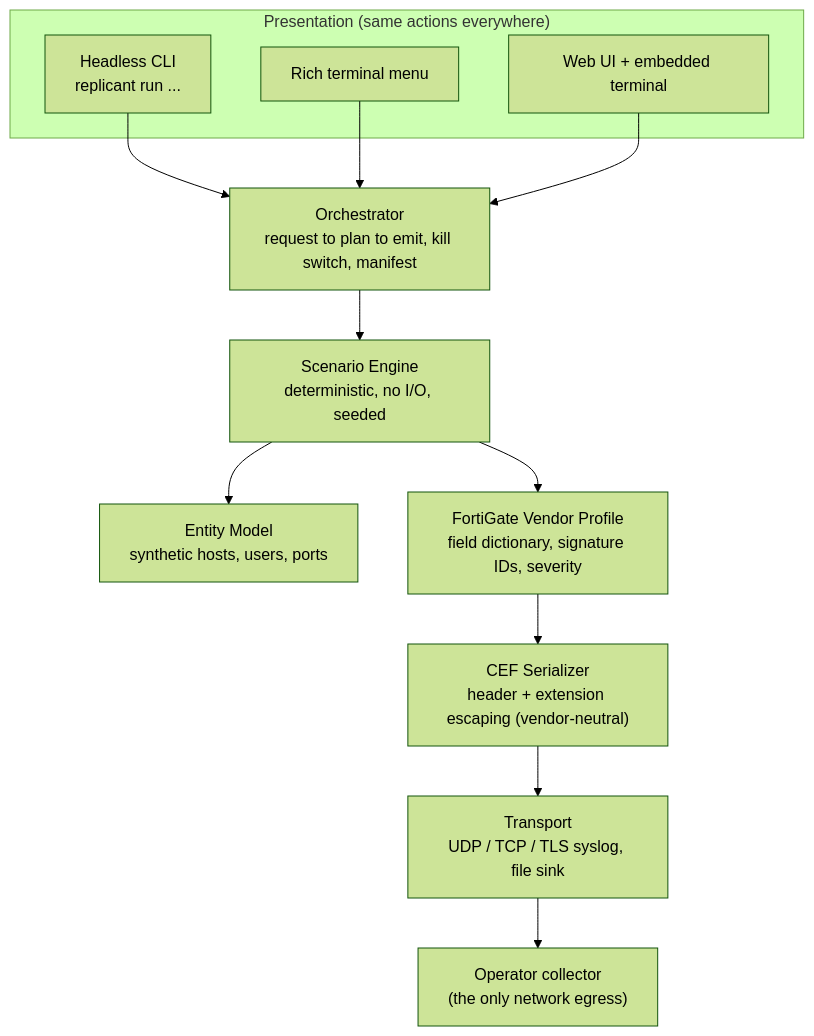
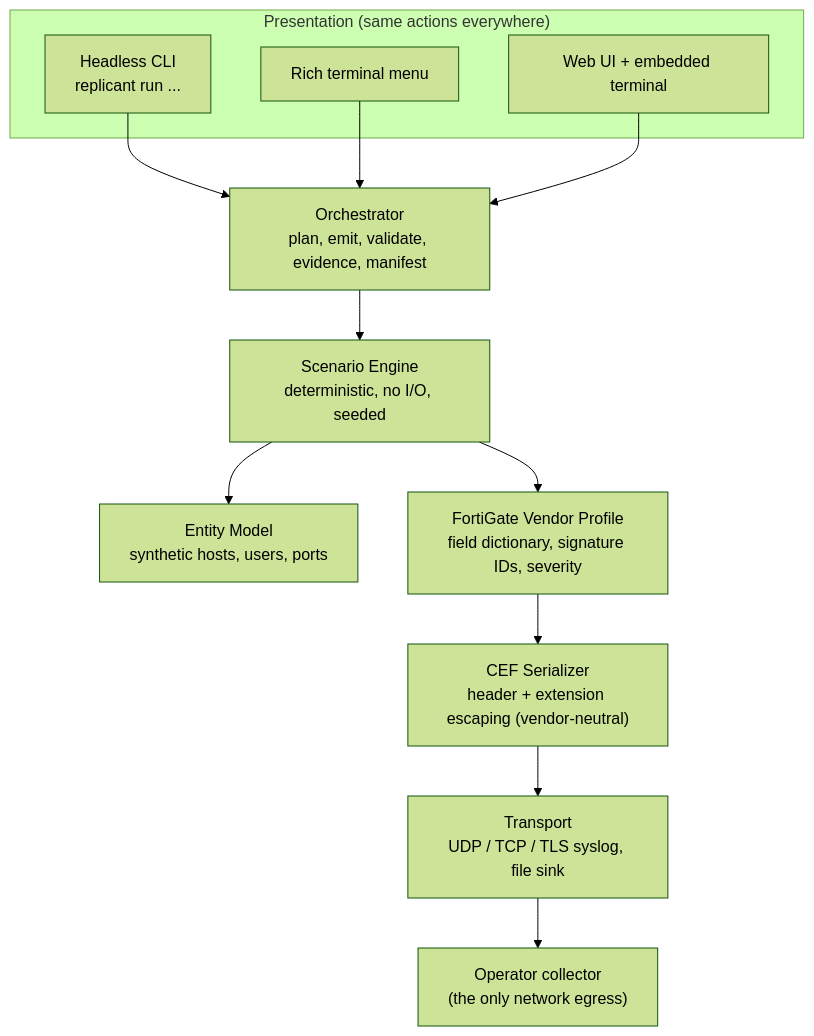
One commit to 404SecNotFound/Replicant changed the diagram in README.md. Above: the diagram before and after it, drawn with Mermaid (forest theme). The commit also changed other lines of this file and 49 other files, not shown here.

````diff
--- a/README.md
+++ b/README.md
@@ -72,25 +73,25 @@
 ```mermaid
 flowchart TD
     subgraph P["Presentation (same actions everywhere)"]
         CLI["Headless CLI<br/>replicant run ..."]
         MENU["Rich terminal menu"]
         WEB["Web UI + embedded terminal"]
     end
-    ORCH["Orchestrator<br/>request to plan to emit, kill switch, manifest"]
+    ORCH["Orchestrator<br/>plan, emit, validate, evidence, manifest"]
     ENGINE["Scenario Engine<br/>deterministic, no I/O, seeded"]
     ENT["Entity Model<br/>synthetic hosts, users, ports"]
     PROFILE["FortiGate Vendor Profile<br/>field dictionary, signature IDs, severity"]
     CEF["CEF Serializer<br/>header + extension escaping (vendor-neutral)"]
     TRANS["Transport<br/>UDP / TCP / TLS syslog, file sink"]
     COLL["Operator collector<br/>(the only network egress)"]
 
     CLI --> ORCH
     MENU --> ORCH
     WEB --> ORCH
     ORCH --> ENGINE
     ENGINE --> ENT
     ENGINE --> PROFILE
     PROFILE --> CEF
     CEF --> TRANS
     TRANS --> COLL
 ```
````
